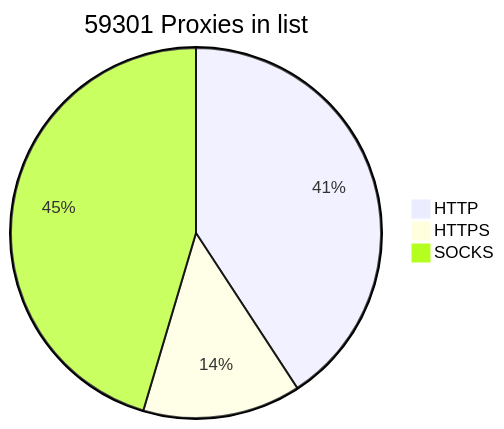
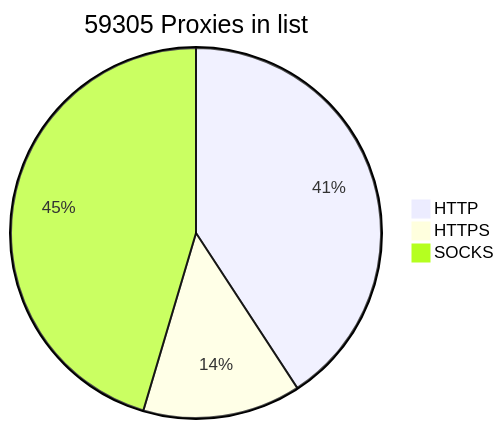
One commit to BlackSnowDot/proxylist-update-every-minute changed the diagram in README.md. Above: the diagram before and after it, drawn with Mermaid.

````diff
--- a/README.md
+++ b/README.md
@@ -2,6 +2,6 @@
 ```mermaid
-pie title 59301 Proxies in list
-    "HTTP" : 27283
-    "HTTPS": 9233
-    "SOCKS" : 30374
+pie title 59305 Proxies in list
+    "HTTP" : 27284
+    "HTTPS": 9234
+    "SOCKS" : 30376
 ```
````
